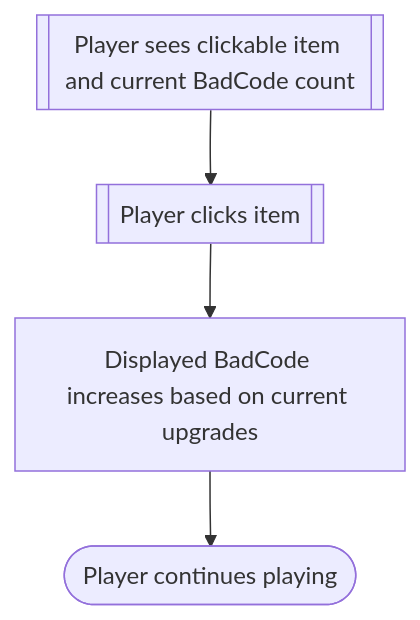
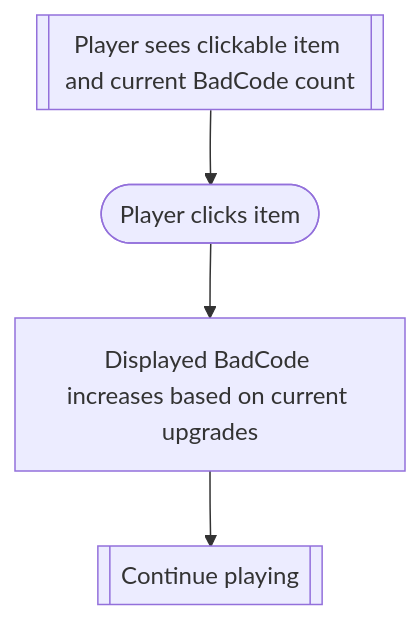
The first of 2 diagrams in flows.md (MoulikB/2452-project), drawn with Mermaid before and after one commit. The commit also changed other lines of this file and 1 other file, not shown here.

Commit message:
Final touches

````diff
--- a/flows.md
+++ b/flows.md
@@ -20,9 +20,9 @@
 ```mermaid
 flowchart TD
     view[[Player sees clickable item and current BadCode count]]
-    clickButton[[Player clicks item]]
+    clickButton([Player clicks item])
     update[Displayed BadCode increases based on current upgrades]
-    endClick([Player continues playing])
+    endClick[[Continue playing]]
 
     view --> clickButton --> update --> endClick
 ```
````
